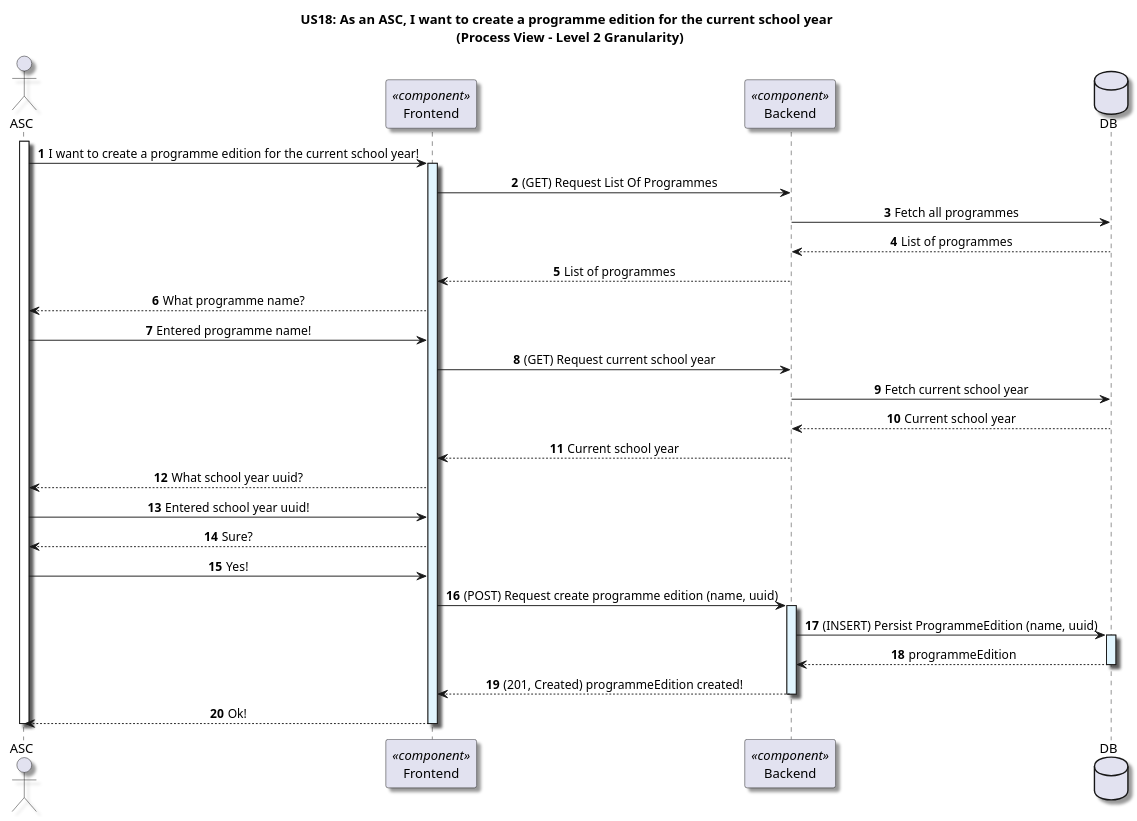
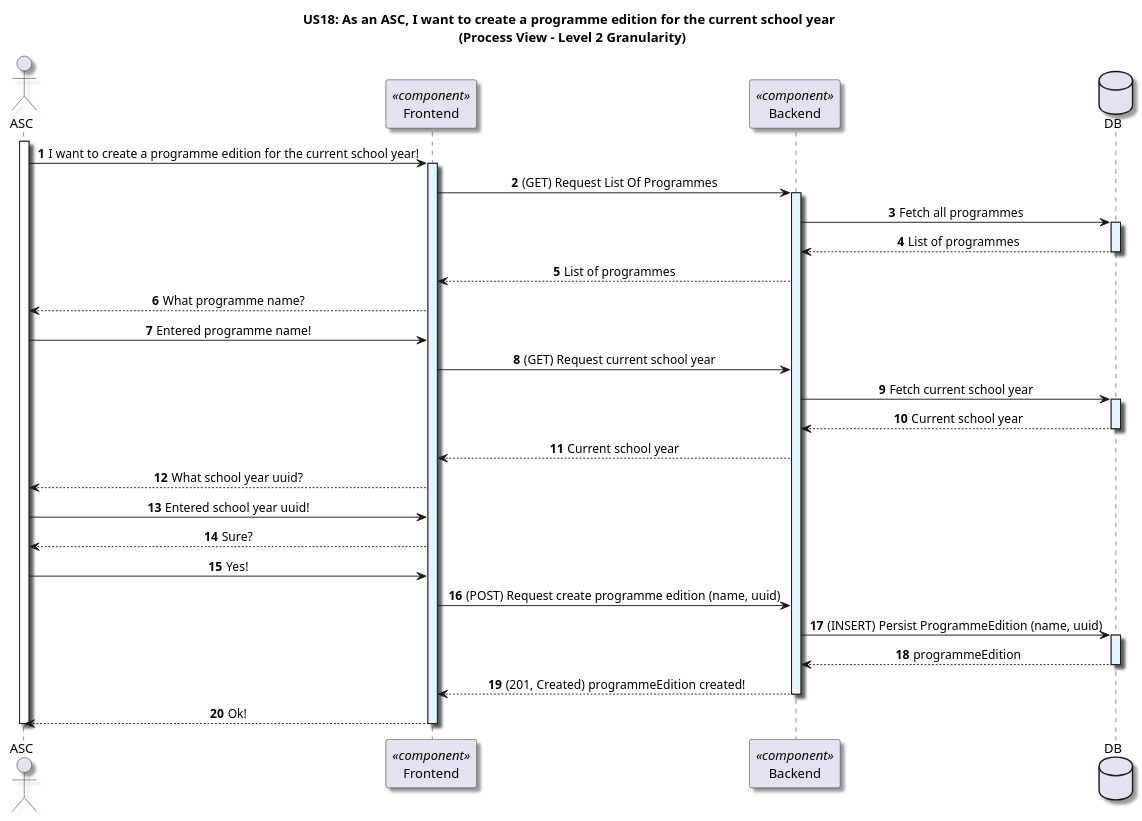
Before and after one commit to GasparISEP/DevOps-PAI: the diagram in docs/US18/Sprint6_RestAPI/ProcessView/Level2Granularity.puml, drawn with PlantUML.

Commit message:
Altered activation windows in Level 2 Process View diagram for functionality CreateProgrammeEditionForCurrentSchoolYear - refs #534 #550

```diff
--- a/docs/US18/Sprint6_RestAPI/ProcessView/Level2Granularity.puml
+++ b/docs/US18/Sprint6_RestAPI/ProcessView/Level2Granularity.puml
@@ -1,59 +1,63 @@
 @startuml
 
 title US18: As an ASC, I want to create a programme edition for the current school year \n (Process View - Level 2 Granularity)
 
 skinparam componentStyle component
 skinparam defaultTextAlignment center
 skinparam shadowing true
 
 autonumber
 
 actor ASC as ASC
 
 participant "Frontend" as frontend <<component>>
 participant "Backend" as backend <<component>>
 Database DB
 
 activate ASC
 ASC -> frontend: I want to create a programme edition for the current school year!
 activate frontend #E1F5FE
 
 frontend -> backend: (GET) Request List Of Programmes
+activate backend #E1F5FE
 backend -> DB: Fetch all programmes
+activate DB #E1F5FE
 DB --> backend: List of programmes
+deactivate DB #E1F5FE
 backend --> frontend: List of programmes
 
 
 frontend --> ASC: What programme name?
 
 ASC -> frontend: Entered programme name!
 
 
 frontend -> backend: (GET) Request current school year
 backend -> DB: Fetch current school year
+activate DB #E1F5FE
 DB --> backend: Current school year
+deactivate DB #E1F5FE
 backend --> frontend: Current school year
 frontend --> ASC: What school year uuid?
 
 ASC -> frontend: Entered school year uuid!
 
 frontend --> ASC: Sure?
 
 ASC -> frontend: Yes!
 
 frontend -> backend: (POST) Request create programme edition (name, uuid)
-activate backend #E1F5FE
 
 backend -> DB: (INSERT) Persist ProgrammeEdition (name, uuid)
 activate DB #E1F5FE
 DB --> backend: programmeEdition
 deactivate DB
 
 backend --> frontend: (201, Created) programmeEdition created!
 deactivate backend
 
 frontend --> ASC: Ok!
 deactivate frontend
 deactivate ASC
 
 @enduml
```
